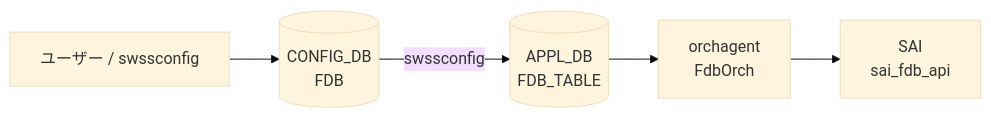
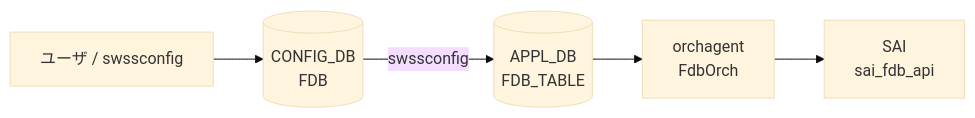
One commit to aoki-taquan/sonic-unofficial-docs changed the second of 2 diagrams in docs/reference/config-db/fdb.md. Above: the diagram before and after it, drawn with Mermaid (base theme). The commit also changed 3 other files, not shown here.

First line of the commit message:
chore: fix prh violations in frontmatter descriptions and mermaid nodes

````diff
--- a/docs/reference/config-db/fdb.md
+++ b/docs/reference/config-db/fdb.md
@@ -213,13 +213,13 @@
 ```mermaid
 flowchart LR
-  User["ユーザー / swssconfig"]
+  User["ユーザ / swssconfig"]
   CDB[("CONFIG_DB<br/>FDB")]
   APPDB[("APPL_DB<br/>FDB_TABLE")]
   FdbOrch["orchagent<br/>FdbOrch"]
   SAI["SAI<br/>sai_fdb_api"]
 
   User --> CDB
   CDB -->|swssconfig| APPDB
   APPDB --> FdbOrch
   FdbOrch --> SAI
 ```
````
